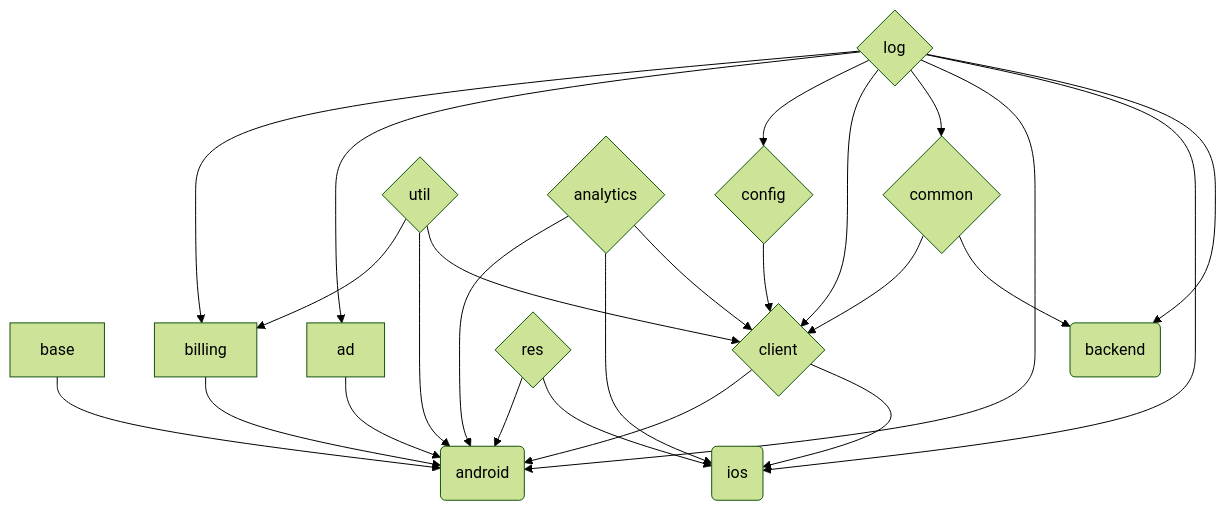
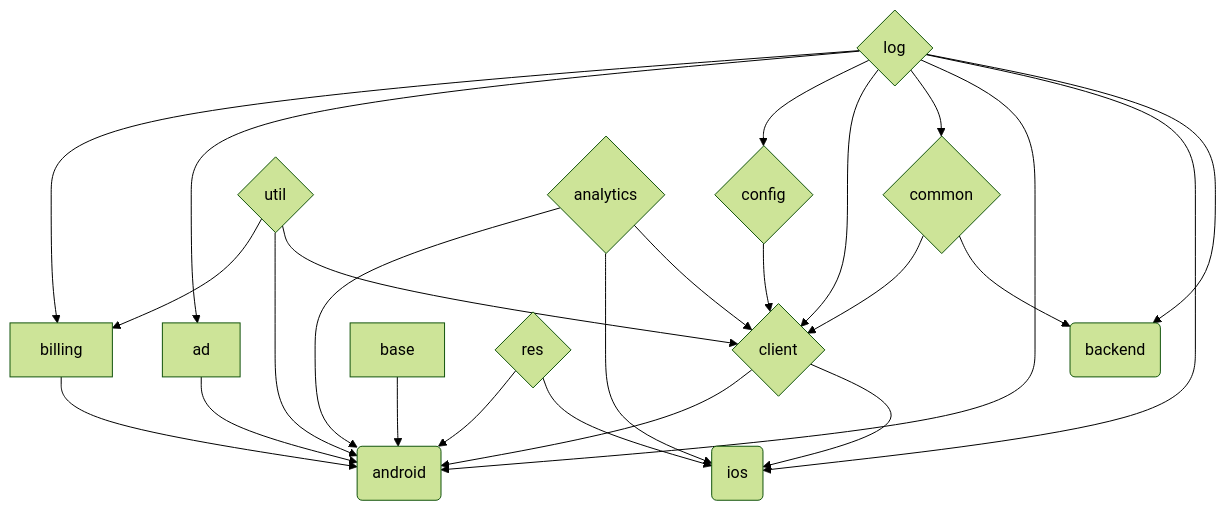
The first of 3 diagrams in README.md (Oztechan/CCC), drawn with Mermaid (forest theme) before and after one commit.

Commit message:
[#1156] update README.md

````diff
--- a/README.md
+++ b/README.md
@@ -28,42 +28,41 @@
 ```mermaid
 graph TD;
-
-base --> android
 
 log{log} --> billing
 log --> ad
 log --> config
 log --> client
 log --> common
 log --> android
 log --> ios
 log --> backend
 
 util{util} --> billing
 util --> android
 util --> client
+
+base --> android
 
 billing-->android
 
 ad-->android
 
 config{config}-->client
 
 analytics{analytics} --> android
 analytics --> ios
 analytics-->client
 
 res{res}-->android
 res-->ios
 
 client{client}-->android
 client-->ios
 
 common{common}-->client
 common-->backend
 
 android(android)
 ios(ios)
 backend(backend)
-
 ```
````
